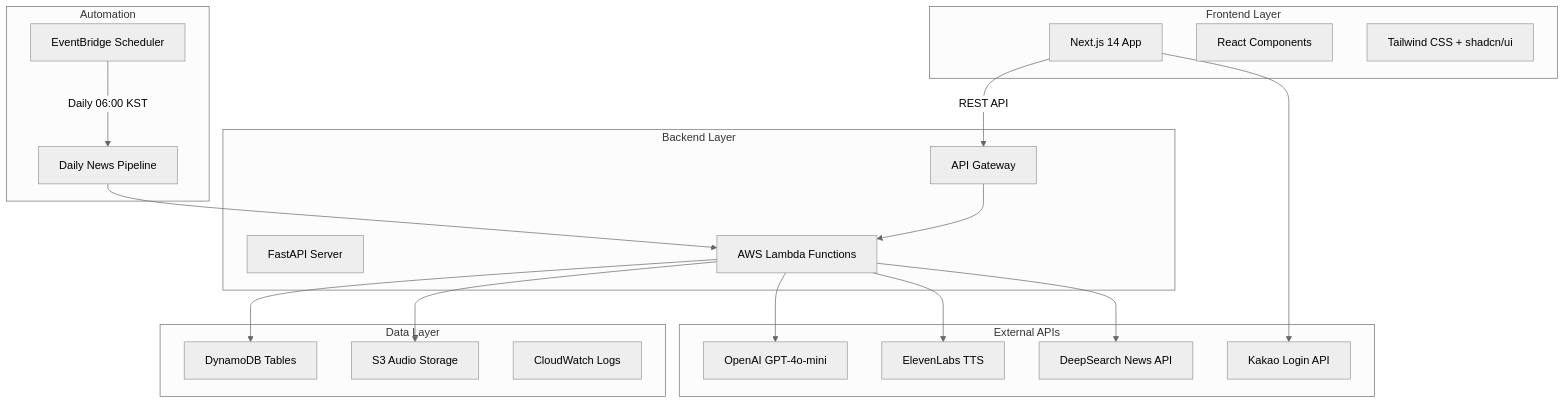
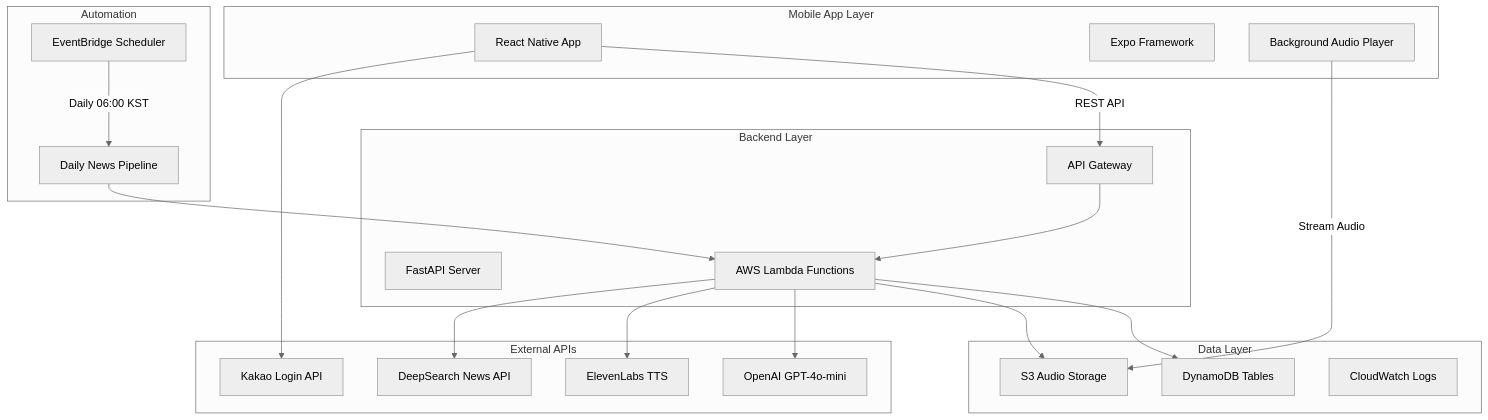
Before and after one commit to kk53451/Briefly: the diagram in README.md, drawn with Mermaid (neutral theme). The commit also changed other lines of this file and 118 other files, not shown here.

````diff
--- a/README.md
+++ b/README.md
@@ -39,43 +39,44 @@
 ```mermaid
 graph TB
-    subgraph "Frontend Layer"
-        A[Next.js 14 App]
-        B[React Components]
-        C[Tailwind CSS + shadcn/ui]
+    subgraph "Mobile App Layer"
+        A[React Native App]
+        B[Expo Framework]
+        C[Background Audio Player]
     end
-    
+
     subgraph "Backend Layer"
         D[FastAPI Server]
         E[AWS Lambda Functions]
         F[API Gateway]
     end
-    
+
     subgraph "Data Layer"
         G[DynamoDB Tables]
         H[S3 Audio Storage]
         I[CloudWatch Logs]
     end
-    
+
     subgraph "External APIs"
         J[OpenAI GPT-4o-mini]
         K[ElevenLabs TTS]
         L[DeepSearch News API]
         M[Kakao Login API]
     end
-    
+
     subgraph "Automation"
         N[EventBridge Scheduler]
         O[Daily News Pipeline]
     end
-    
+
     A -->|REST API| F
     F --> E
     E --> G
     E --> H
     E --> J
     E --> K
     E --> L
     A --> M
+    C -->|Stream Audio| H
     N -->|Daily 06:00 KST| O
     O --> E
 ```
````
